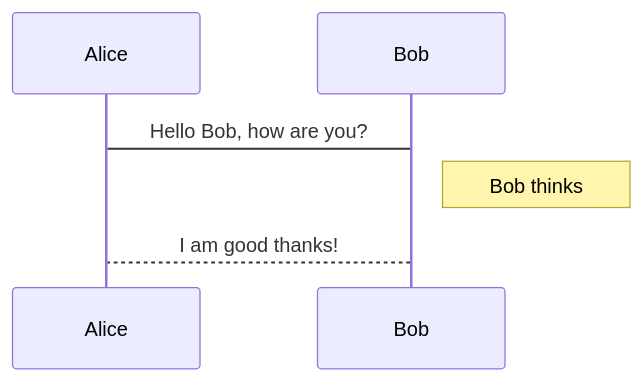
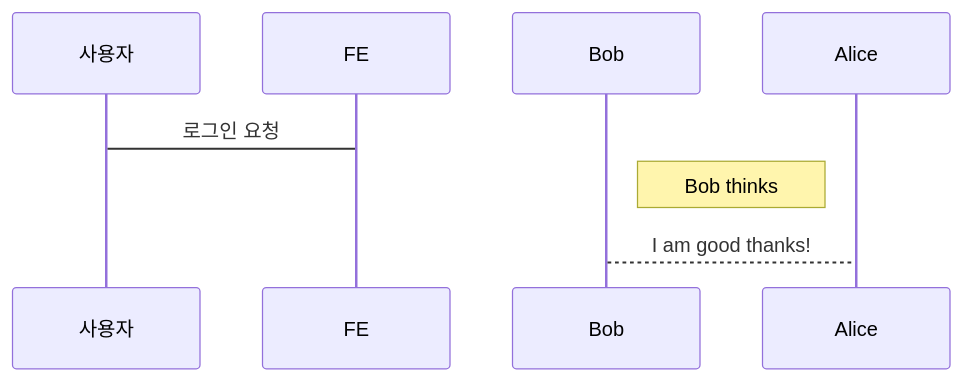
The diagram in README.md (SpadeJJJ/oauth_rebuild), drawn with Mermaid before and after one commit.

````diff
--- a/README.md
+++ b/README.md
@@ -15,6 +15,6 @@
 ```mermaid
 sequenceDiagram
-Alice->Bob: Hello Bob, how are you?
+사용자 -> FE: 로그인 요청
 Note right of Bob: Bob thinks
 Bob-->Alice: I am good thanks!
 ```
````
